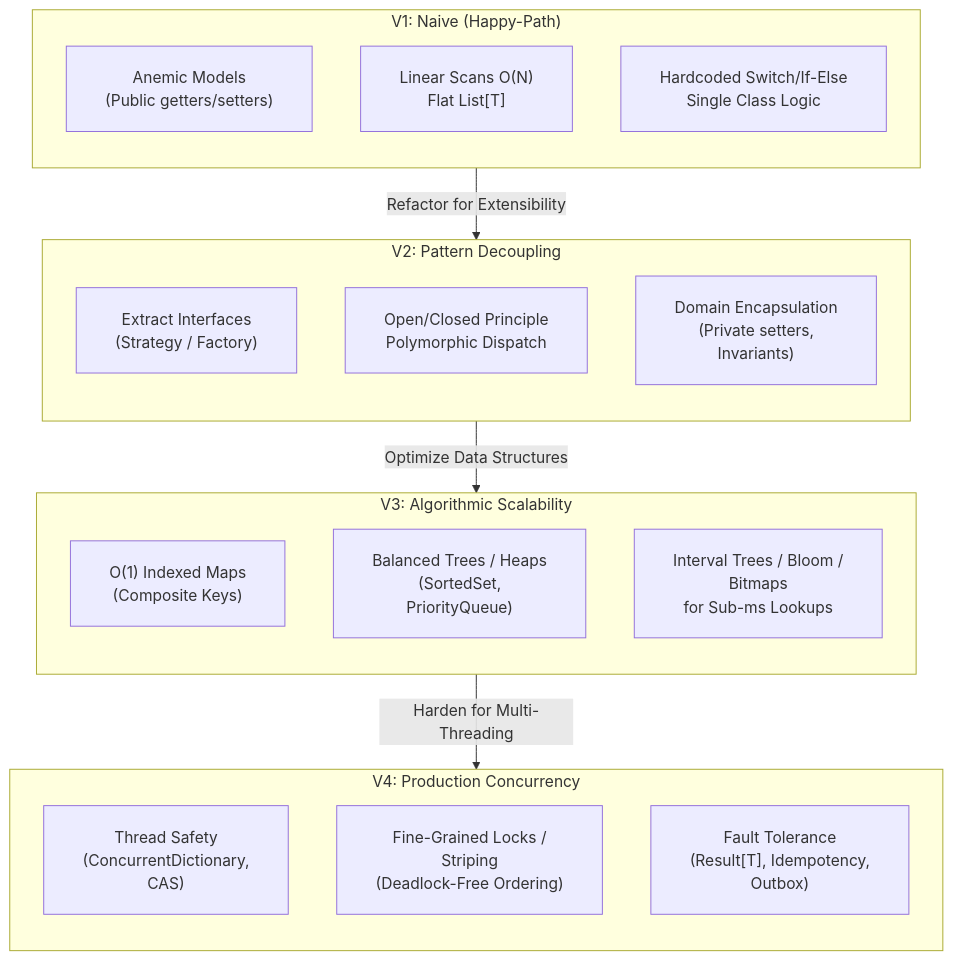
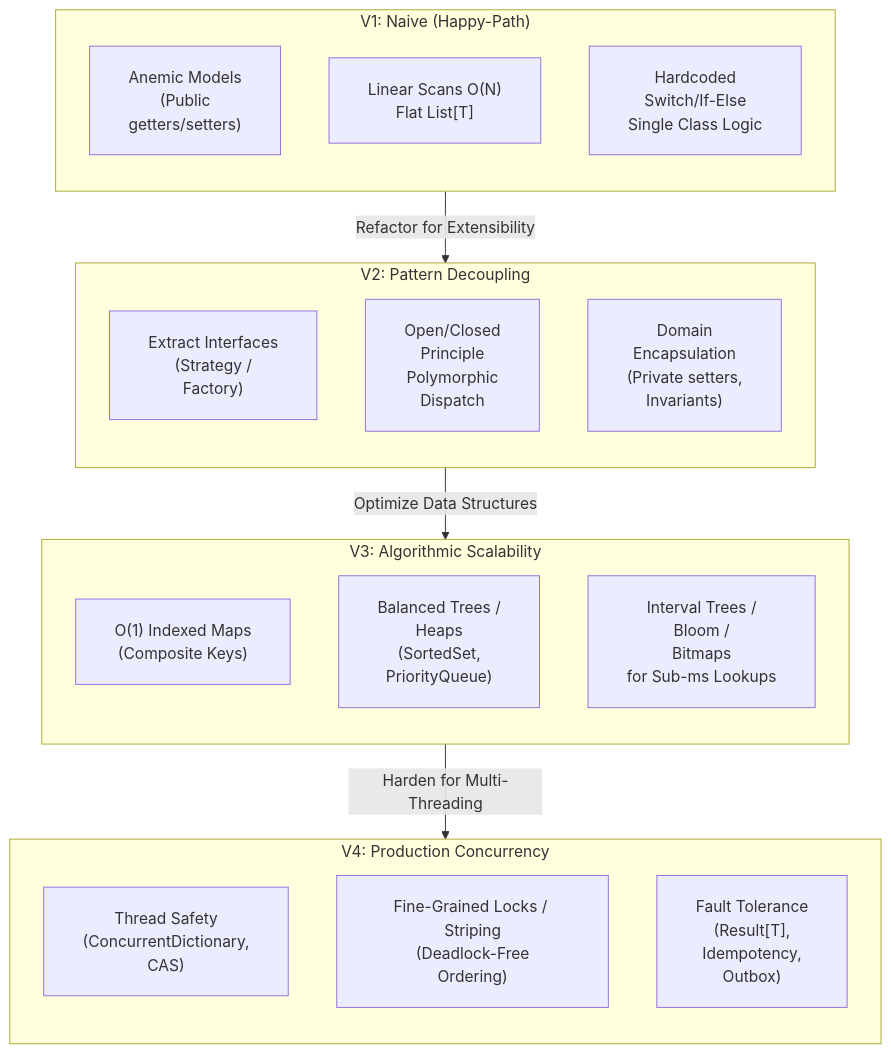
The diagram in LLD/00_Core_Concepts/08_LLD_Problem_Families_and_Evolution.md (dip4k/DSA_102), drawn with Mermaid before and after one commit. The commit also changed 106 other files, not shown here.

First line of the commit message:
fix(mermaid): prevent text clipping with foreignObject overflow and tighter line wrapping

````diff
--- a/LLD/00_Core_Concepts/08_LLD_Problem_Families_and_Evolution.md
+++ b/LLD/00_Core_Concepts/08_LLD_Problem_Families_and_Evolution.md
@@ -106,35 +106,35 @@
 ```mermaid
-%%{init: {"flowchart": {"htmlLabels": true, "padding": 20}}}%%
+%%{init: {"flowchart": {"htmlLabels": true, "padding": 20}, "themeCSS": "foreignObject { overflow: visible !important; }"}}%%
 flowchart TD
     subgraph V1["V1: Naive (Happy-Path)"]
         direction TB
-        V1_1["Anemic Models<br/>(Public getters/setters)"]
+        V1_1["Anemic Models<br/>(Public<br/>getters/setters)"]
         V1_2["Linear Scans O(N)<br/>Flat List[T]"]
-        V1_3["Hardcoded Switch/If-Else<br/>Single Class Logic"]
+        V1_3["Hardcoded<br/>Switch/If-Else<br/>Single Class Logic"]
     end
 
     subgraph V2["V2: Pattern Decoupling"]
         direction TB
-        V2_1["Extract Interfaces<br/>(Strategy / Factory)"]
-        V2_2["Open/Closed Principle<br/>Polymorphic Dispatch"]
-        V2_3["Domain Encapsulation<br/>(Private setters,<br/>Invariants)"]
+        V2_1["Extract Interfaces<br/>(Strategy /<br/>Factory)"]
+        V2_2["Open/Closed<br/>Principle<br/>Polymorphic<br/>Dispatch"]
+        V2_3["Domain<br/>Encapsulation<br/>(Private setters,<br/>Invariants)"]
     end
 
     subgraph V3["V3: Algorithmic Scalability"]
         direction TB
         V3_1["O(1) Indexed Maps<br/>(Composite Keys)"]
-        V3_2["Balanced Trees / Heaps<br/>(SortedSet,<br/>PriorityQueue)"]
-        V3_3["Interval Trees / Bloom /<br/>Bitmaps<br/>for Sub-ms Lookups"]
+        V3_2["Balanced Trees /<br/>Heaps<br/>(SortedSet,<br/>PriorityQueue)"]
+        V3_3["Interval Trees /<br/>Bloom /<br/>Bitmaps<br/>for Sub-ms Lookups"]
     end
 
     subgraph V4["V4: Production Concurrency"]
         direction TB
         V4_1["Thread Safety<br/>(ConcurrentDictionary,<br/>CAS)"]
-        V4_2["Fine-Grained Locks /<br/>Striping<br/>(Deadlock-Free Ordering)"]
-        V4_3["Fault Tolerance<br/>(Result[T], Idempotency,<br/>Outbox)"]
+        V4_2["Fine-Grained Locks / Striping<br/>(Deadlock-Free<br/>Ordering)"]
+        V4_3["Fault Tolerance<br/>(Result[T],<br/>Idempotency,<br/>Outbox)"]
     end
 
     V1 -->|"Refactor for Extensibility"| V2
     V2 -->|"Optimize Data Structures"| V3
     V3 -->|"Harden for Multi-Threading"| V4
 ```
````
